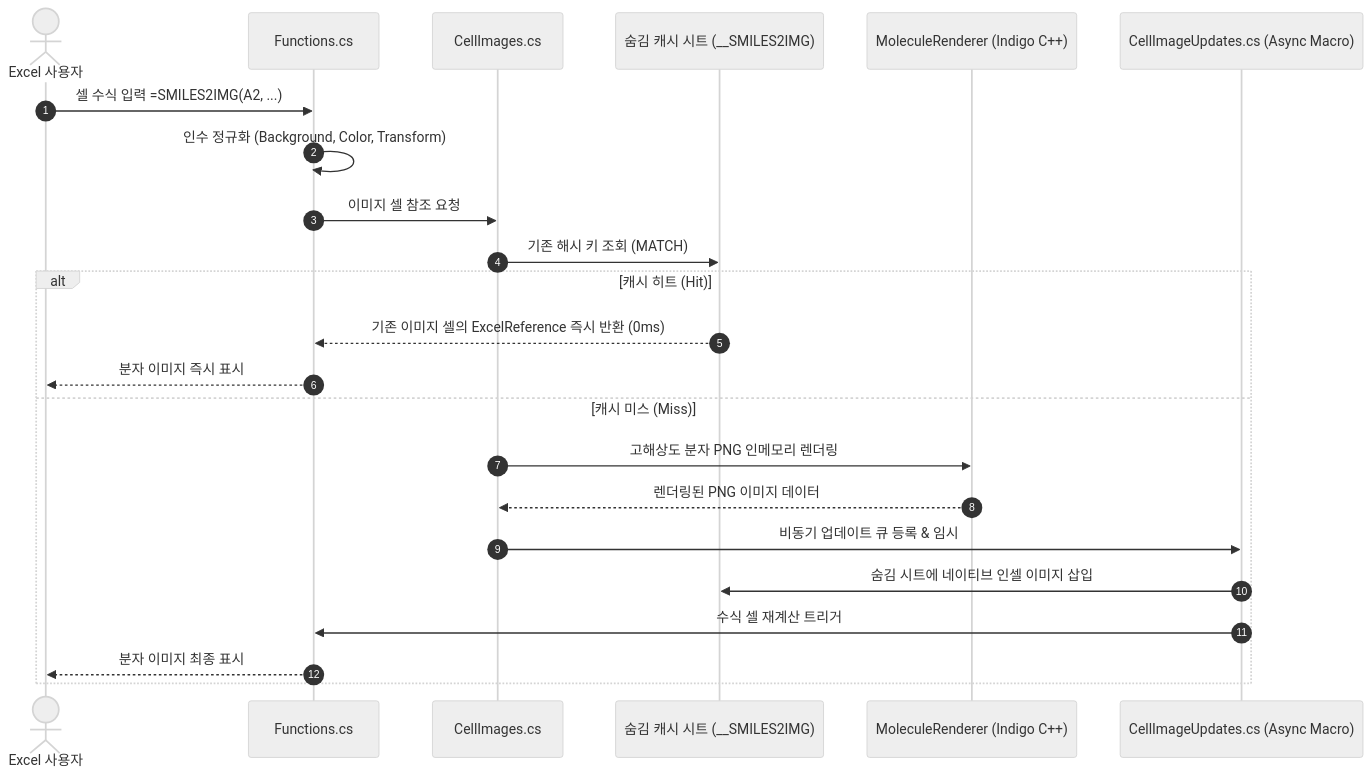
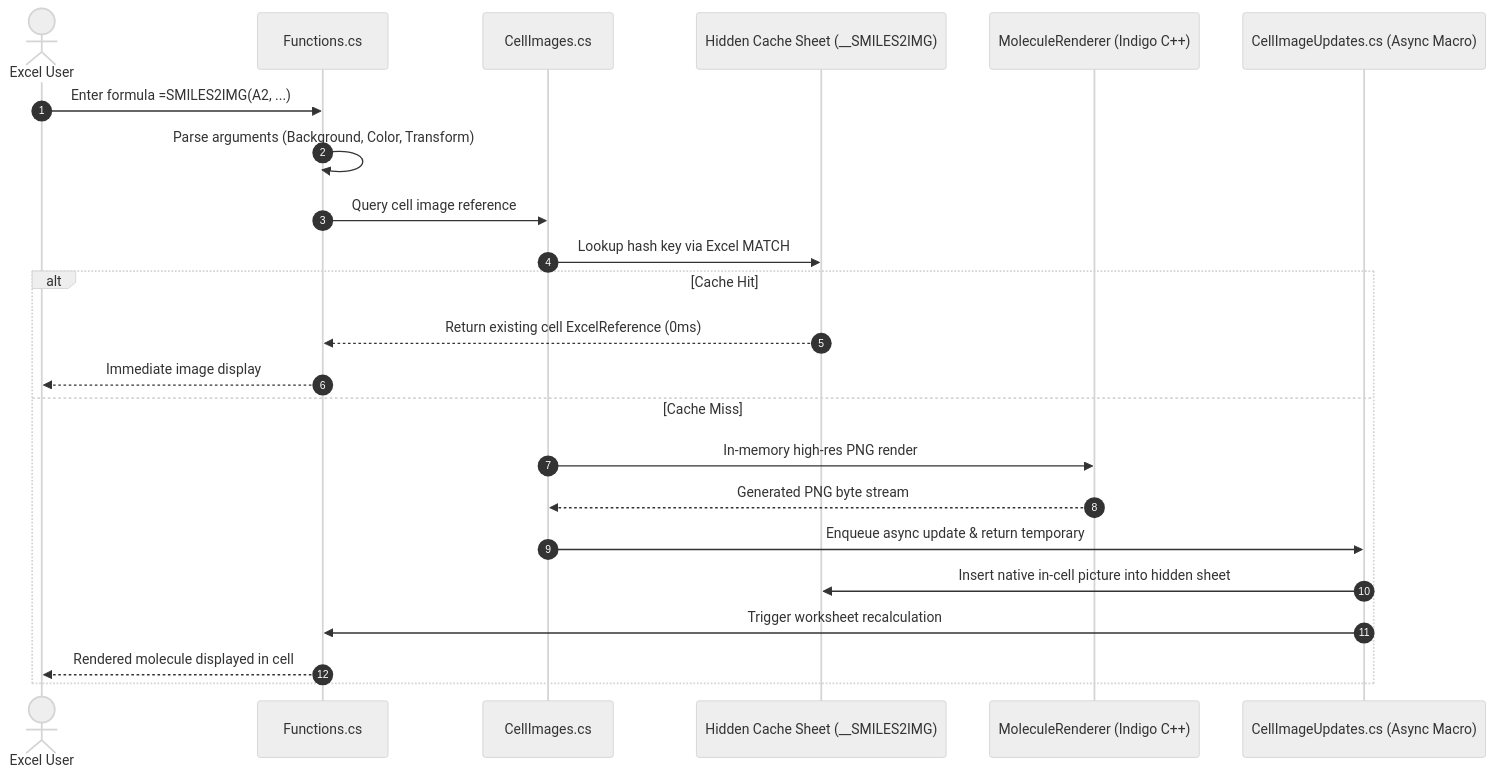
Before and after one commit to naramdash/func_SMILES2IMG: the second of 2 diagrams in README.md, drawn with Mermaid (neutral theme). The commit also changed other lines of this file and 4 other files, not shown here.

````diff
--- a/README.md
+++ b/README.md
@@ -318,26 +324,26 @@
 ```mermaid
 sequenceDiagram
     autonumber
-    actor User as Excel 사용자
+    actor User as Excel User
     participant F as Functions.cs
     participant C as CellImages.cs
-    participant Cache as 숨김 캐시 시트 (__SMILES2IMG)
+    participant Cache as Hidden Cache Sheet (__SMILES2IMG)
     participant R as MoleculeRenderer (Indigo C++)
     participant U as CellImageUpdates.cs (Async Macro)
 
-    User->>F: 셀 수식 입력 =SMILES2IMG(A2, ...)
-    F->>F: 인수 정규화 (Background, Color, Transform)
-    F->>C: 이미지 셀 참조 요청
-    C->>Cache: 기존 해시 키 조회 (MATCH)
-    alt 캐시 히트 (Hit)
-        Cache-->>F: 기존 이미지 셀의 ExcelReference 즉시 반환 (0ms)
-        F-->>User: 분자 이미지 즉시 표시
-    else 캐시 미스 (Miss)
-        C->>R: 고해상도 분자 PNG 인메모리 렌더링
-        R-->>C: 렌더링된 PNG 이미지 데이터
-        C->>U: 비동기 업데이트 큐 등록 & 임시 #N/A 반환
-        U->>Cache: 숨김 시트에 네이티브 인셀 이미지 삽입
-        U->>F: 수식 셀 재계산 트리거
-        F-->>User: 분자 이미지 최종 표시
+    User->>F: Enter formula =SMILES2IMG(A2, ...)
+    F->>F: Parse arguments (Background, Color, Transform)
+    F->>C: Query cell image reference
+    C->>Cache: Lookup hash key via Excel MATCH
+    alt Cache Hit
+        Cache-->>F: Return existing cell ExcelReference (0ms)
+        F-->>User: Immediate image display
+    else Cache Miss
+        C->>R: In-memory high-res PNG render
+        R-->>C: Generated PNG byte stream
+        C->>U: Enqueue async update & return temporary #N/A
+        U->>Cache: Insert native in-cell picture into hidden sheet
+        U->>F: Trigger worksheet recalculation
+        F-->>User: Rendered molecule displayed in cell
     end
 ```
````
